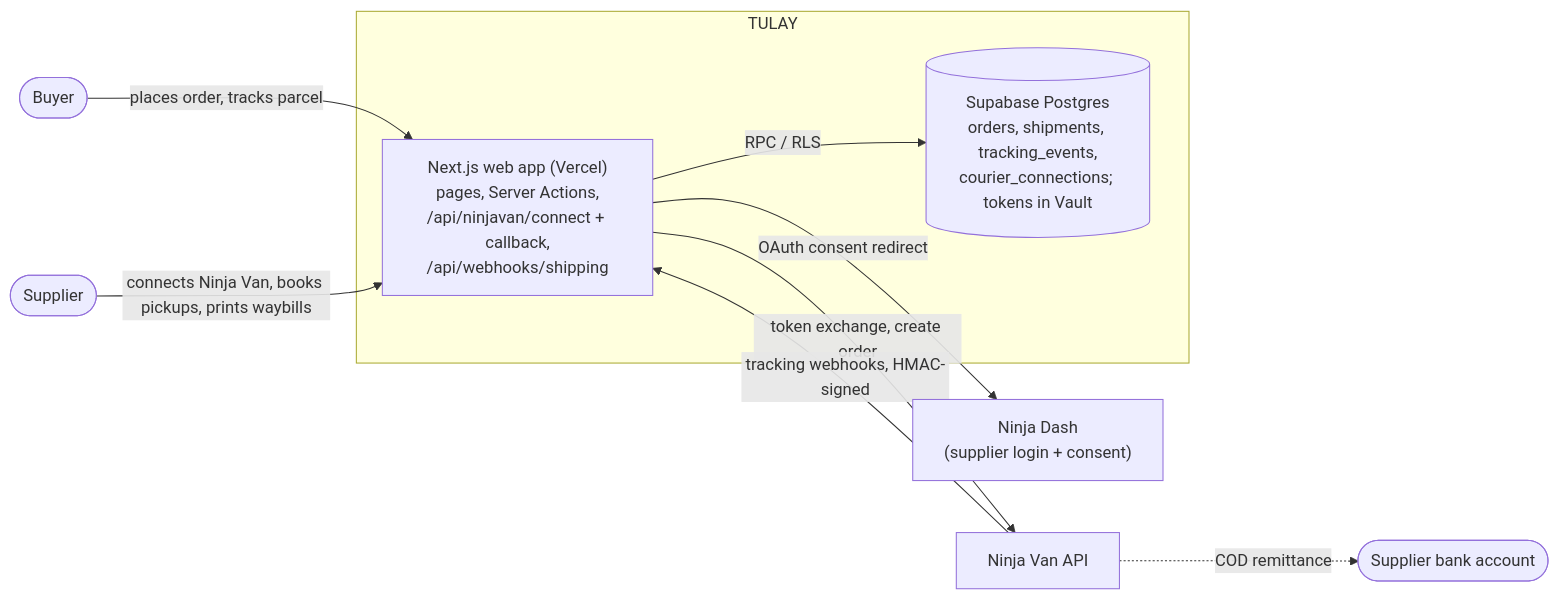
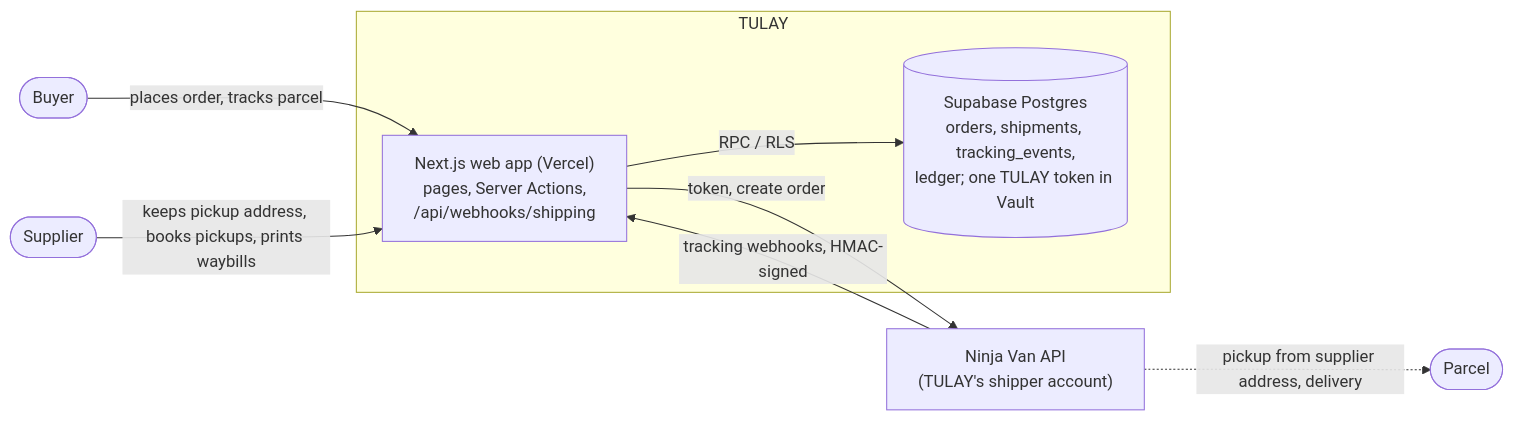
The first of 2 diagrams in docs/ninjavan/integration.md (baltazarjohncarl2003-dev/TULAY), drawn with Mermaid before and after one commit. The commit also changed other lines of this file and 31 other files, not shown here.

First line of the commit message:
Ship courier orders on one TULAY account and lock down shipment booking

````diff
--- a/docs/ninjavan/integration.md
+++ b/docs/ninjavan/integration.md
@@ -18,14 +23,13 @@
 ```mermaid
 flowchart LR
   buyer([Buyer]) -->|places order, tracks parcel| web
-  supplier([Supplier]) -->|connects Ninja Van, books pickups, prints waybills| web
+  supplier([Supplier]) -->|keeps pickup address, books pickups, prints waybills| web
   subgraph TULAY
-    web["Next.js web app (Vercel)<br/>pages, Server Actions,<br/>/api/ninjavan/connect + callback,<br/>/api/webhooks/shipping"]
-    db[("Supabase Postgres<br/>orders, shipments, tracking_events,<br/>courier_connections; tokens in Vault")]
+    web["Next.js web app (Vercel)<br/>pages, Server Actions,<br/>/api/webhooks/shipping"]
+    db[("Supabase Postgres<br/>orders, shipments, tracking_events,<br/>ledger; one TULAY token in Vault")]
     web -->|RPC / RLS| db
   end
-  web -->|OAuth consent redirect| dash["Ninja Dash<br/>(supplier login + consent)"]
-  web -->|token exchange, create order| api["Ninja Van API"]
+  web -->|token, create order| api["Ninja Van API<br/>(TULAY's shipper account)"]
   api -->|tracking webhooks, HMAC-signed| web
-  api -. COD remittance .-> bank([Supplier bank account])
+  api -. pickup from supplier address, delivery .-> parcel([Parcel])
 ```
````
